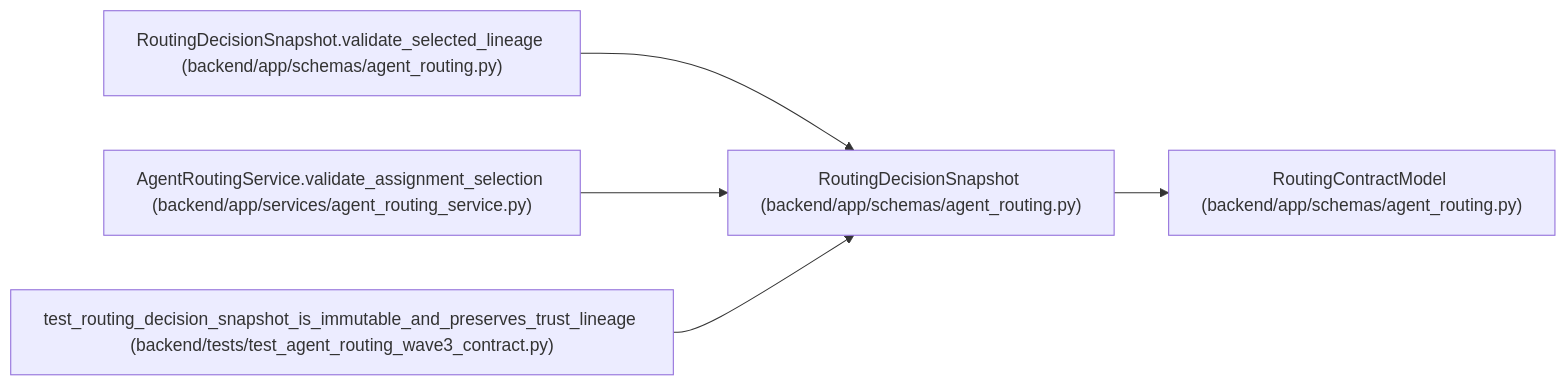
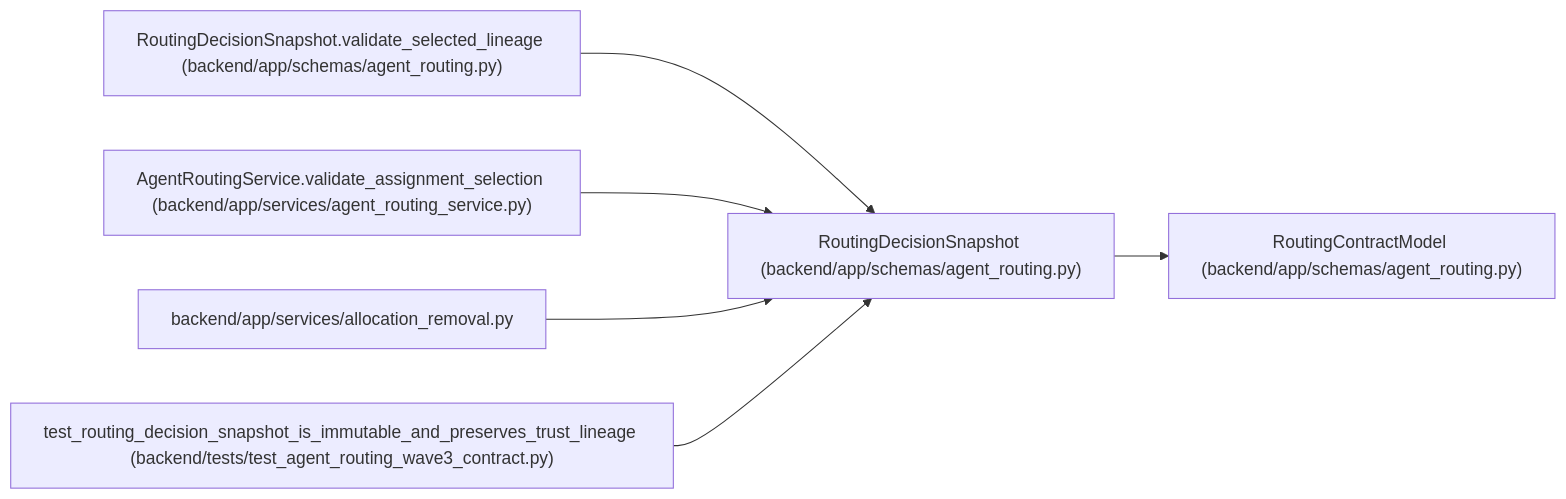
The diagram in docs/llm_wiki/entities/RoutingDecisionSnapshot.md (Denissvgn/WorkChord), drawn with Mermaid before and after one commit. The commit also changed other lines of this file and 636 other files, not shown here.

Commit message:
Document capacity removal and bounded routing previews

````diff
--- a/docs/llm_wiki/entities/RoutingDecisionSnapshot.md
+++ b/docs/llm_wiki/entities/RoutingDecisionSnapshot.md
@@ -98,17 +98,20 @@
 ```mermaid
 flowchart LR
     n0["RoutingDecisionSnapshot (backend/app/schemas/agent_routing.py)"]
     n1["RoutingContractModel (backend/app/schemas/agent_routing.py)"]
     n2["RoutingDecisionSnapshot.validate_selected_lineage (backend/app/schemas/agent_routing.py)"]
     n3["AgentRoutingService.validate_assignment_selection (backend/app/services/agent_routing_service.py)"]
-    n4["test_routing_decision_snapshot_is_immutable_and_preserves_trust_lineage (backend/tests/test_agent_routing_wave3_contract.py)"]
+    n4["backend/app/services/allocation_removal.py"]
+    n5["test_routing_decision_snapshot_is_immutable_and_preserves_trust_lineage (backend/tests/test_agent_routing_wave3_contract.py)"]
     n0 --> n1
     n2 --> n0
     n3 --> n0
     n4 --> n0
+    n5 --> n0
     click n0 "../modules/agent_routing.md"
     click n1 "../modules/agent_routing.md"
     click n2 "../modules/agent_routing.md"
     click n3 "../modules/agent_routing_service.md"
-    click n4 "../modules/test_agent_routing_wave3_contract.md"
+    click n4 "../modules/allocation_removal.md"
+    click n5 "../modules/test_agent_routing_wave3_contract.md"
 ```
````
